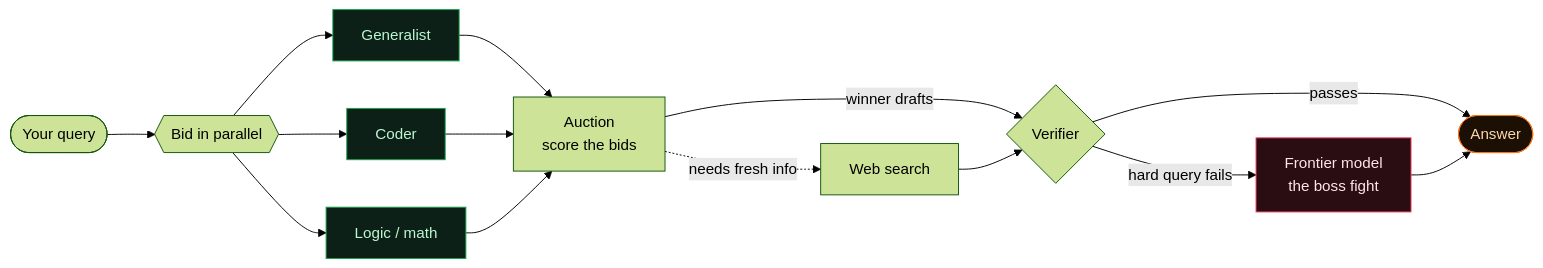
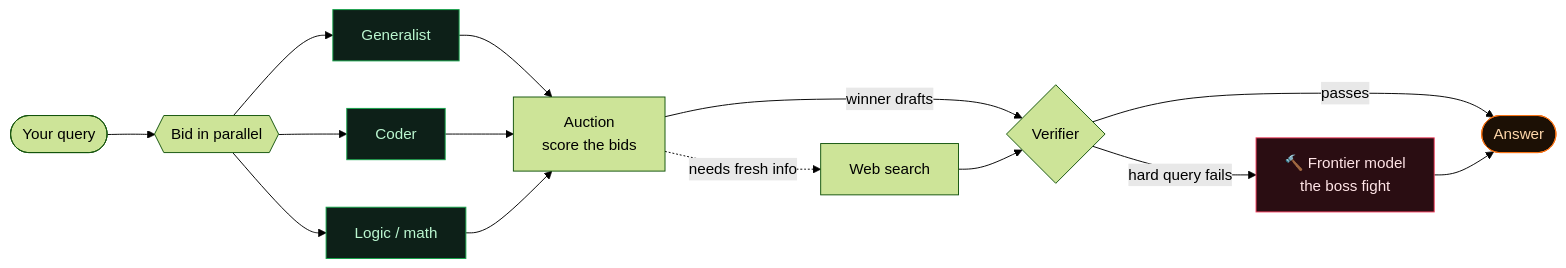
Before and after one commit to dakshzip/AuctionRouter: the diagram in README.md, drawn with Mermaid (forest theme).

Commit message:
README: keep the hammer on the boss node
Emoji break mermaid only as node ids, not in labels -- 🔨 goes back on
the frontier node. Re-rendered through mermaid-cli to confirm.

````diff
--- a/README.md
+++ b/README.md
@@ -52,20 +52,20 @@
 ```mermaid
 flowchart LR
     Q([Your query]) --> B{{Bid in parallel}}
     B --> G[Generalist] & C[Coder] & M[Logic / math]
     G & C & M --> A[Auction<br/>score the bids]
     A -->|winner drafts| V{Verifier}
     A -.->|needs fresh info| W[Web search]
     W --> V
 
     V -->|passes| ANS([Answer])
-    V -->|hard query fails| BOSS[Frontier model<br/>the boss fight]
+    V -->|hard query fails| BOSS[🔨 Frontier model<br/>the boss fight]
     BOSS --> ANS
 
     classDef cheap fill:#0d2018,stroke:#16a34a,color:#bbf7d0
     classDef boss fill:#2a0d12,stroke:#f43f5e,color:#ffe4e6
     classDef out fill:#1c1005,stroke:#f97316,color:#fed7aa
     class G,C,M cheap
     class BOSS boss
     class ANS out
 ```
````
